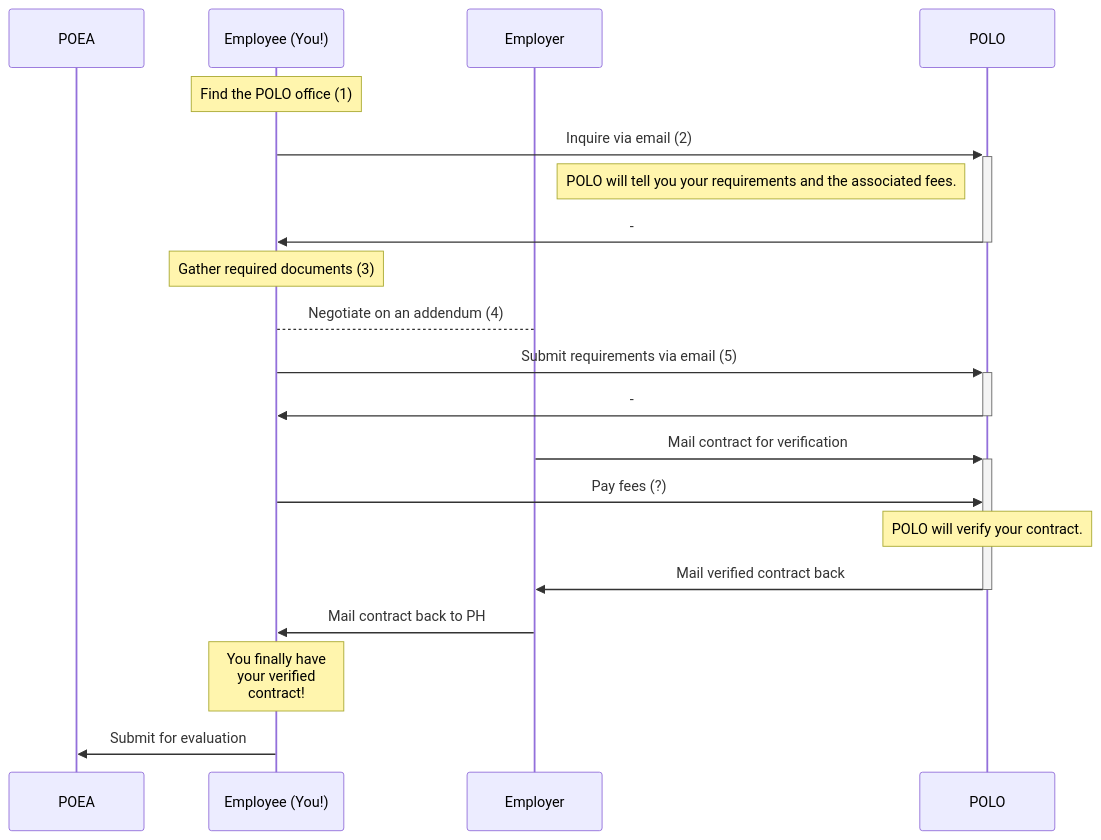
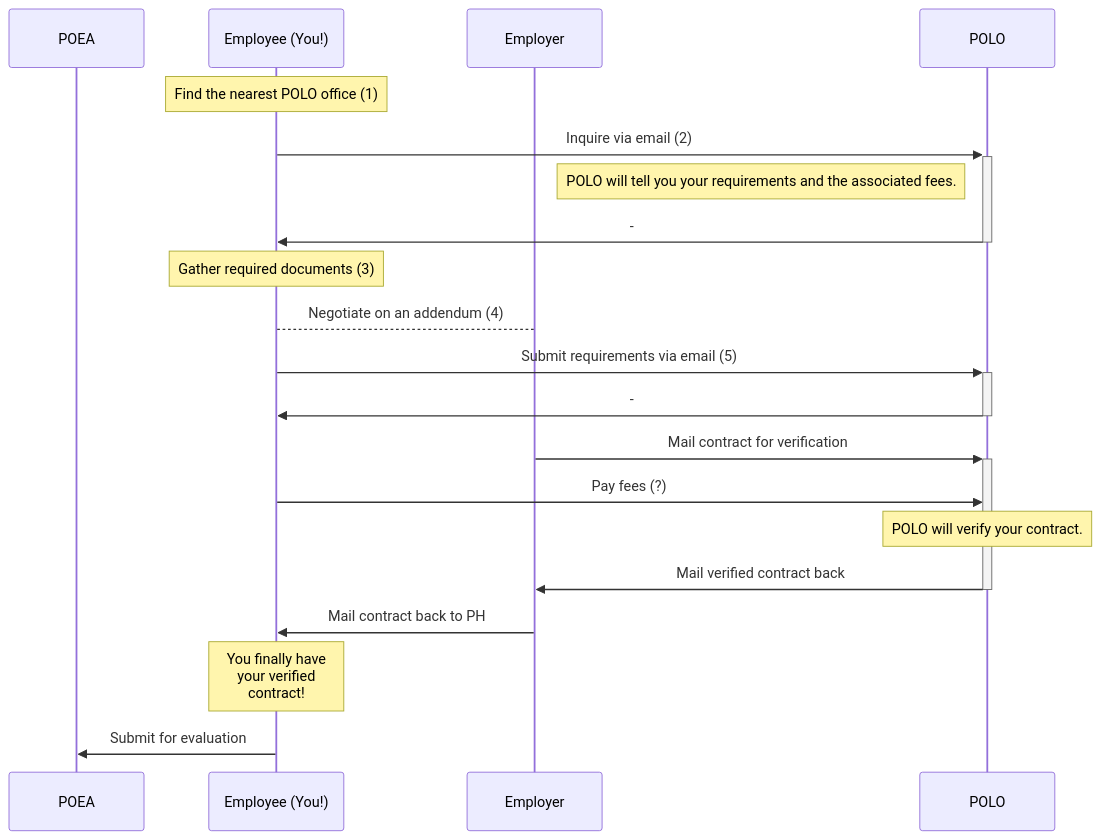
One commit to rstacruz/oec-guide changed the diagram in docs/contract.md. Above: the diagram before and after it, drawn with Mermaid.

````diff
--- a/docs/contract.md
+++ b/docs/contract.md
@@ -21,28 +21,28 @@
 ```mermaid
 sequenceDiagram
 participant POEA
 participant Employee as Employee (You!)
 participant Employer
 participant POLO
 
-Note over Employee: Find the POLO office (1)
+Note over Employee: Find the nearest POLO office (1)
 
 Employee->>+POLO: Inquire via email (2)
 Note left of POLO: POLO will tell you your requirements and the associated fees.
 POLO->>-Employee: -
 
 Note over Employee: Gather required documents (3)
 Employee-->Employer: Negotiate on an addendum (4)
 
 Employee->>+POLO: Submit requirements via email (5)
 POLO->>-Employee: -
 
 Employer->>+POLO: Mail contract for verification
 Employee->>POLO: Pay fees (?)
 Note over POLO: POLO will verify your contract.
 POLO->>-Employer: Mail verified contract back
 Employer->>Employee: Mail contract back to PH
 
 Note over Employee: You finally have<br>your verified<br>contract!
 Employee->>POEA: Submit for evaluation
 ```
````
